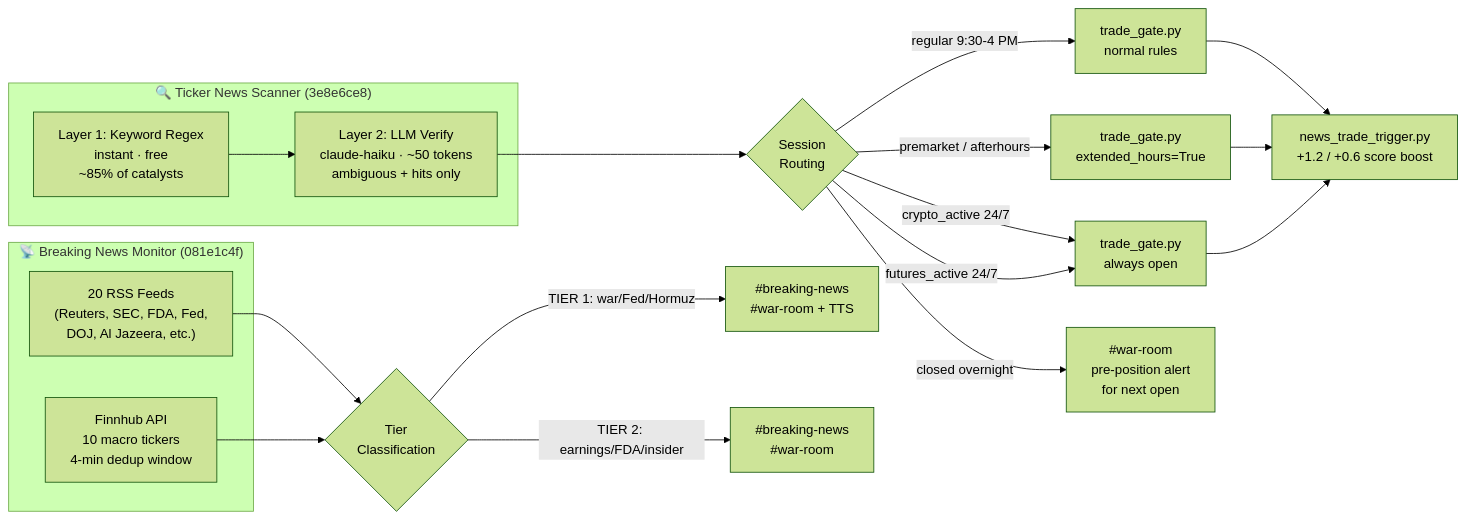
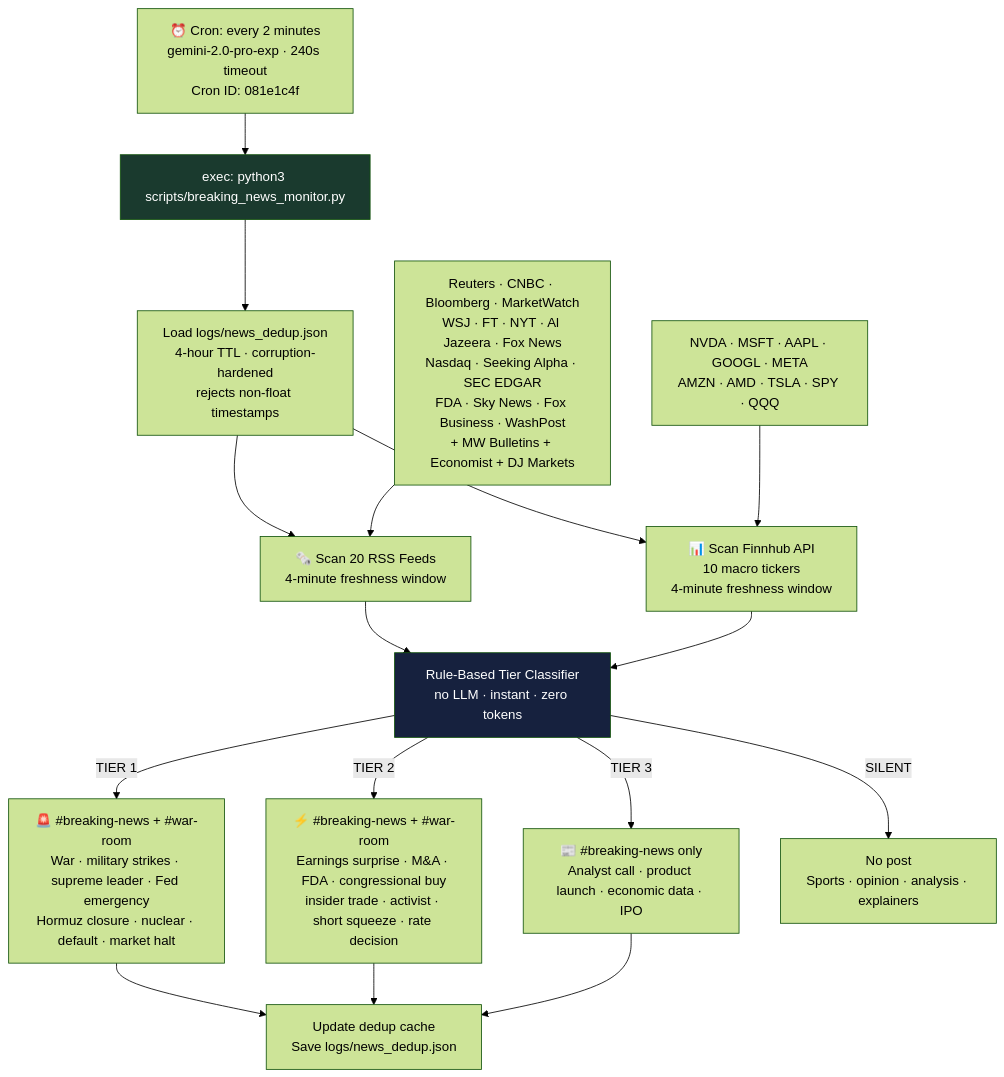
Before and after one commit to oabdelmaksoud/Pro-Trader-PLUGIN: the second of 9 diagrams in README.md, drawn with Mermaid (forest theme). The commit also changed other lines of this file, not shown here.

First line of the commit message:
docs: comprehensive README overhaul — all current state + 8 Mermaid diagrams

````diff
--- a/README.md
+++ b/README.md
@@ -80,30 +93,27 @@
 ```mermaid
-flowchart LR
-    subgraph BN["📡 Breaking News Monitor (081e1c4f)"]
-        RSS["20 RSS Feeds\n(Reuters, SEC, FDA, Fed,\nDOJ, Al Jazeera, etc.)"]
-        FIN["Finnhub API\n10 macro tickers\n4-min dedup window"]
-    end
+flowchart TD
+    CRON["⏰ Cron: every 2 minutes\ngemini-2.0-pro-exp · 240s timeout\nCron ID: 081e1c4f"] --> EXEC["exec: python3 scripts/breaking_news_monitor.py"]
 
-    subgraph TNS["🔍 Ticker News Scanner (3e8e6ce8)"]
-        KW["Layer 1: Keyword Regex\ninstant · free\n~85% of catalysts"]
-        LLM["Layer 2: LLM Verify\nclaude-haiku · ~50 tokens\nambiguous + hits only"]
-    end
+    EXEC --> DEDUP["Load logs/news_dedup.json\n4-hour TTL · corruption-hardened\nrejects non-float timestamps"]
 
-    RSS --> TIER{"Tier\nClassification"}
-    FIN --> TIER
-    KW --> LLM
-    LLM --> SESSION{"Session\nRouting"}
+    DEDUP --> RSS["🗞️ Scan 20 RSS Feeds\n4-minute freshness window"]
+    DEDUP --> FIN["📊 Scan Finnhub API\n10 macro tickers\n4-minute freshness window"]
 
-    TIER -->|TIER 1: war/Fed/Hormuz| WR1["#breaking-news\n#war-room + TTS"]
-    TIER -->|TIER 2: earnings/FDA/insider| WR2["#breaking-news\n#war-room"]
+    RSS --> CLASSIFY["Rule-Based Tier Classifier\nno LLM · instant · zero tokens"]
+    FIN --> CLASSIFY
 
-    SESSION -->|regular 9:30-4 PM| TRIG1["trade_gate.py\nnormal rules"]
-    SESSION -->|premarket / afterhours| TRIG2["trade_gate.py\nextended_hours=True"]
-    SESSION -->|crypto_active 24/7| TRIG3["trade_gate.py\nalways open"]
-    SESSION -->|futures_active 24/7| TRIG3
-    SESSION -->|closed overnight| ALERT["#war-room\npre-position alert\nfor next open"]
+    CLASSIFY -->|TIER 1| T1["🚨 #breaking-news + #war-room\nWar · military strikes · supreme leader · Fed emergency\nHormuz closure · nuclear · default · market halt"]
+    CLASSIFY -->|TIER 2| T2["⚡ #breaking-news + #war-room\nEarnings surprise · M&A · FDA · congressional buy\ninsider trade · activist · short squeeze · rate decision"]
+    CLASSIFY -->|TIER 3| T3["📰 #breaking-news only\nAnalyst call · product launch · economic data · IPO"]
+    CLASSIFY -->|SILENT| SL["No post\nSports · opinion · analysis · explainers"]
 
-    TRIG1 --> NTT["news_trade_trigger.py\n+1.2 / +0.6 score boost"]
-    TRIG2 --> NTT
-    TRIG3 --> NTT
+    T1 --> SAVE["Update dedup cache\nSave logs/news_dedup.json"]
+    T2 --> SAVE
+    T3 --> SAVE
+
+    RSS_FEEDS["Reuters · CNBC · Bloomberg · MarketWatch\nWSJ · FT · NYT · Al Jazeera · Fox News\nNasdaq · Seeking Alpha · SEC EDGAR\nFDA · Sky News · Fox Business · WashPost\n+ MW Bulletins + Economist + DJ Markets"] --> RSS
+    TICKERS["NVDA · MSFT · AAPL · GOOGL · META\nAMZN · AMD · TSLA · SPY · QQQ"] --> FIN
+
+    style EXEC fill:#1a3a2e,color:#fff
+    style CLASSIFY fill:#16213e,color:#fff
 ```
````
